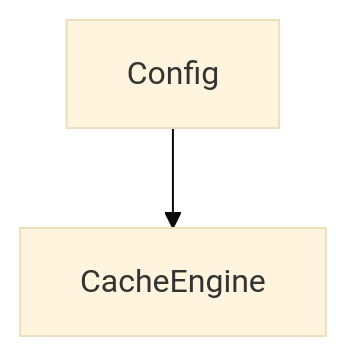
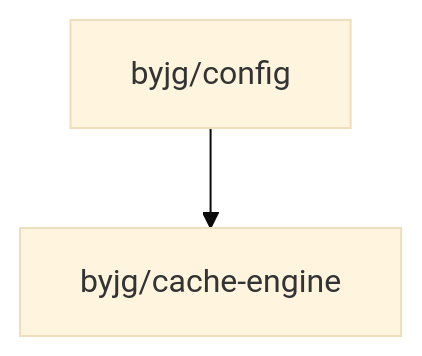
The diagram in README.md (byjg/php-config), drawn with Mermaid (base theme) before and after one commit.

Commit message:
Add Dependencies

````diff
--- a/README.md
+++ b/README.md
@@ -56,4 +56,4 @@
 ```mermaid
 flowchart TD
-    Config --> CacheEngine
+    byjg/config --> byjg/cache-engine
 ```
````
